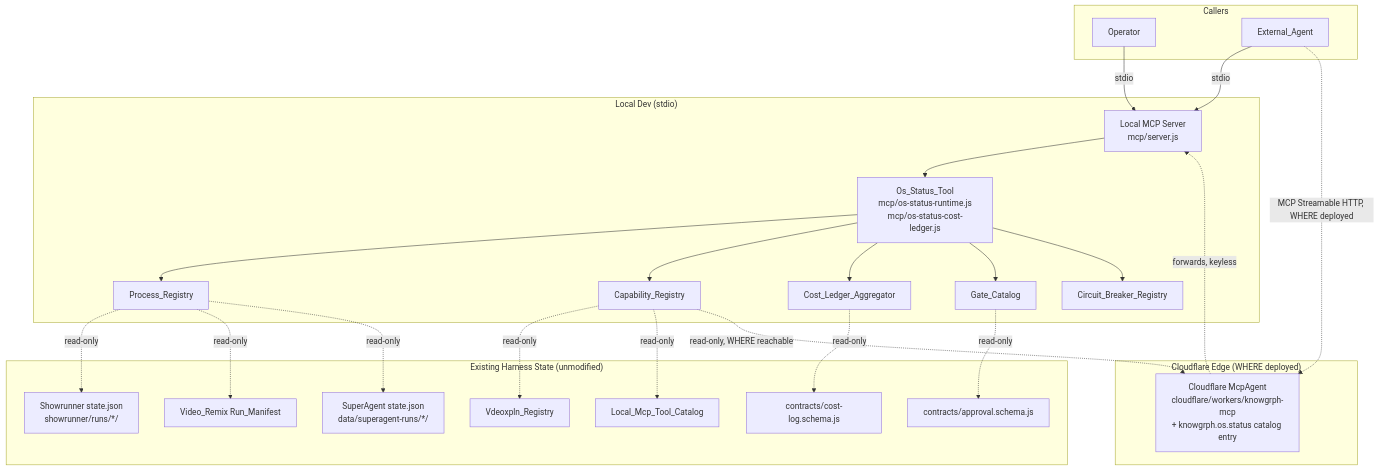
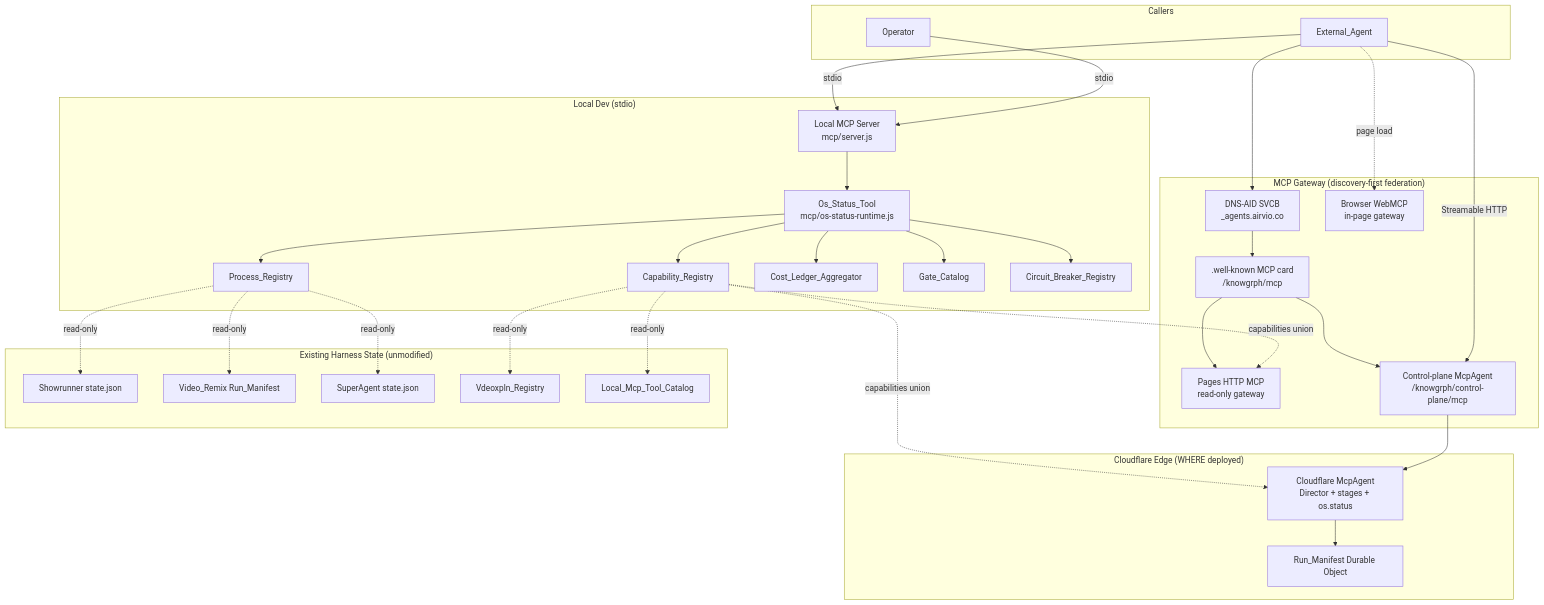
Before and after one commit to huijoohwee/knowgrph: the diagram in docs/documents/knowgrph-agentic-os-prd-tad.md, drawn with Mermaid. The commit also changed other lines of this file and 19 other files, not shown here.

Commit message:
feat: refine video sequence timeline ruler release

````diff
--- a/docs/documents/knowgrph-agentic-os-prd-tad.md
+++ b/docs/documents/knowgrph-agentic-os-prd-tad.md
@@ -209,51 +232,63 @@
 ```mermaid
 flowchart TB
     subgraph Callers["Callers"]
         OP["Operator"]
         EA["External_Agent"]
     end
 
+    subgraph Gateway["MCP Gateway (discovery-first federation)"]
+        DNS["DNS-AID SVCB\n_agents.airvio.co"]
+        WK[".well-known MCP card\n/knowgrph/mcp"]
+        PG["Pages HTTP MCP\nread-only gateway"]
+        CP["Control-plane McpAgent\n/knowgrph/control-plane/mcp"]
+        WM["Browser WebMCP\nin-page gateway"]
+    end
+
     subgraph LocalDev["Local Dev (stdio)"]
         MCP["Local MCP Server\nmcp/server.js"]
-        OST["Os_Status_Tool\nmcp/os-status-runtime.js\nmcp/os-status-cost-ledger.js"]
+        OST["Os_Status_Tool\nmcp/os-status-runtime.js"]
         PR["Process_Registry"]
         CRg["Capability_Registry"]
         CLA["Cost_Ledger_Aggregator"]
         GC["Gate_Catalog"]
         CBR["Circuit_Breaker_Registry"]
         MCP --> OST
         OST --> PR
         OST --> CRg
         OST --> CLA
         OST --> GC
         OST --> CBR
     end
 
     subgraph Harnesses["Existing Harness State (unmodified)"]
-        SR["Showrunner state.json\nshowrunner/runs/*/"]
+        SR["Showrunner state.json"]
         VR["Video_Remix Run_Manifest"]
-        SA["SuperAgent state.json\ndata/superagent-runs/*/"]
+        SA["SuperAgent state.json"]
         VD["Vdeoxpln_Registry"]
         LTC["Local_Mcp_Tool_Catalog"]
-        CLS["contracts/cost-log.schema.js"]
-        APS["contracts/approval.schema.js"]
     end
 
     subgraph CFEdge["Cloudflare Edge (WHERE deployed)"]
-        CFA["Cloudflare McpAgent\ncloudflare/workers/knowgrph-mcp\n+ knowgrph.os.status catalog entry"]
+        CFA["Cloudflare McpAgent\nDirector + stages + os.status"]
+        RMDO["Run_Manifest Durable Object"]
+        CFA --> RMDO
     end
 
+    EA --> DNS
+    DNS --> WK
+    WK --> PG
+    WK --> CP
+    EA -->|stdio| MCP
+    EA -->|Streamable HTTP| CP
+    EA -.->|page load| WM
     OP -->|stdio| MCP
-    EA -->|stdio| MCP
-    EA -.->|MCP Streamable HTTP, WHERE deployed| CFA
-    CFA -.->|forwards, keyless| MCP
+    CRg -. capabilities union .-> PG
+    CRg -. capabilities union .-> CFA
+    CP --> CFA
 
     PR -. read-only .-> SR
     PR -. read-only .-> VR
     PR -. read-only .-> SA
     CRg -. read-only .-> VD
     CRg -. read-only .-> LTC
-    CRg -. read-only, WHERE reachable .-> CFA
-    CLA -. read-only .-> CLS
-    GC -. read-only .-> APS
 ```
````
